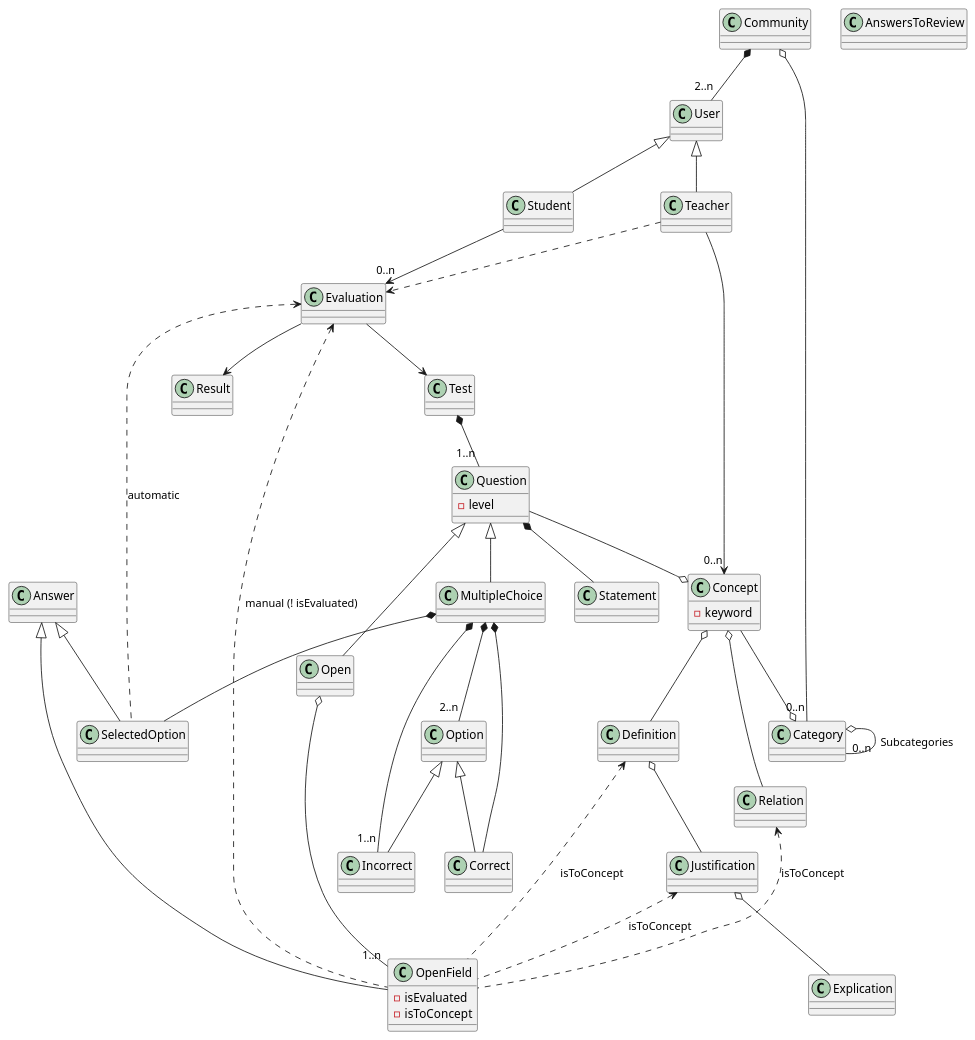
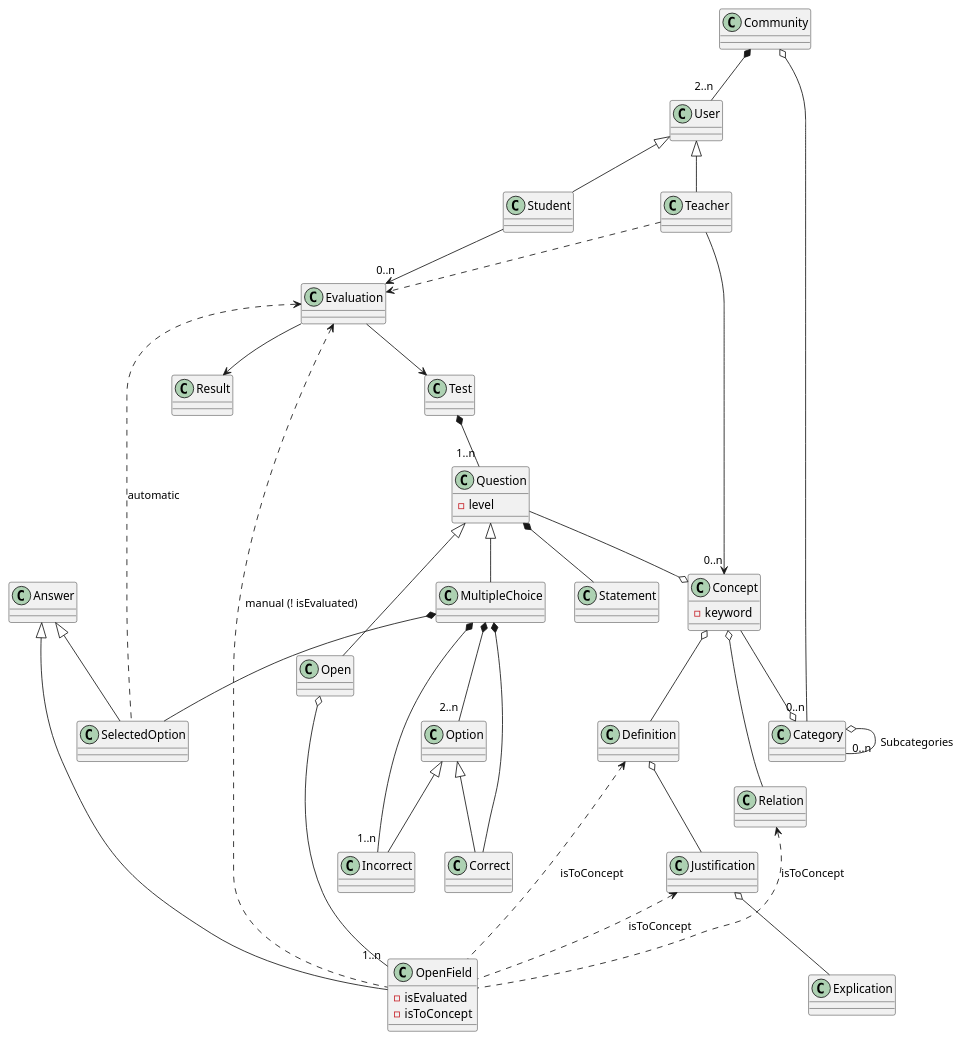
The diagram in doc/dominio_clases.puml (Joselon/ProyectoOpoTest), drawn with PlantUML before and after one commit. The commit also changed 2 other files, not shown here.

Commit message:
Añadiendo subcaterios 0.1 fix Diagramas

```diff
--- a/doc/dominio_clases.puml
+++ b/doc/dominio_clases.puml
@@ -1,95 +1,93 @@
 @startuml OpoTestDomain
 
 class Community
 
 class User
 
 class Teacher
 
 class Student
 
 class Evaluation
 
 class Result
 
 class Category 
 
 class Test 
-
-class AnswersToReview
 
 class Concept {
     - keyword
 }
 
 class Question {
     - level
 }
 
 class Statement
 
 class Answer 
 
 class Open 
 
 class MultipleChoice
 
 class Option
 
 class Correct
 
 Class Incorrect
 
 class OpenField {
     - isEvaluated
     - isToConcept
 }
 
 Class SelectedOption
 
 
 Community *--"2..n" User
 Community o--"0..n" Category
 
 Category o--"0..n" Category : Subcategories
 
 User <|-- Teacher
 User <|-- Student
 
 Teacher -->"0..n" Concept
 Concept --o Category
 Question --o Concept
 Concept o-- Definition
 Definition o-- Justification
 Justification o-- Explication
 Concept o-- Relation
 
 Student -->"0..n" Evaluation
 Evaluation --> Test
 Evaluation --> Result
 
 Teacher ..> Evaluation
 'AnswersToReview *--  OpenField
 Definition <.. OpenField :isToConcept
 Justification <.. OpenField :isToConcept
 Relation <.. OpenField :isToConcept
 
 Evaluation <.. OpenField : manual (! isEvaluated)
 Evaluation <.. SelectedOption : automatic
 
 Test *--"1..n" Question
 Question <|-- MultipleChoice
 Question <|-- Open
 Question *--   Statement
 MultipleChoice *--"2..n" Option
 Option <|-- Incorrect
 Option <|-- Correct
 MultipleChoice *-- Correct
 MultipleChoice *--"1..n" Incorrect
 MultipleChoice *-- SelectedOption
 Open o--"1..n" OpenField
 Answer <|-- OpenField
 Answer <|-- SelectedOption
 
 
 @enduml
```
